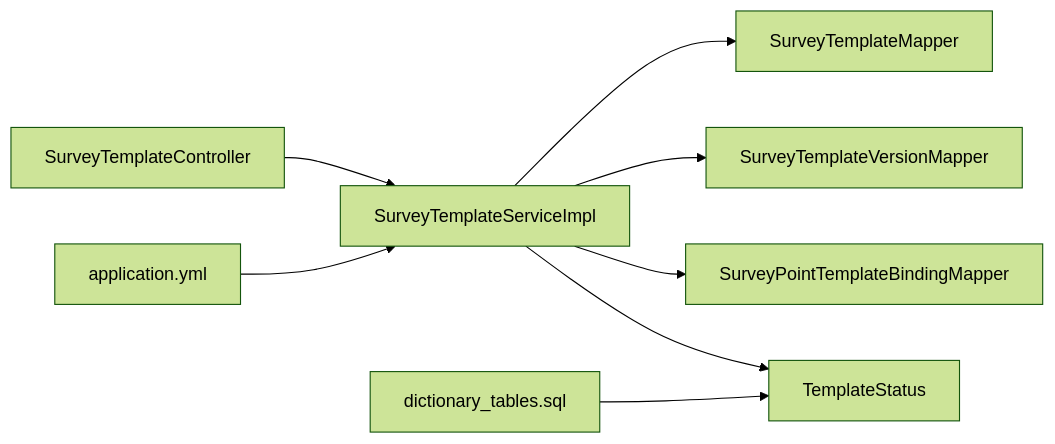
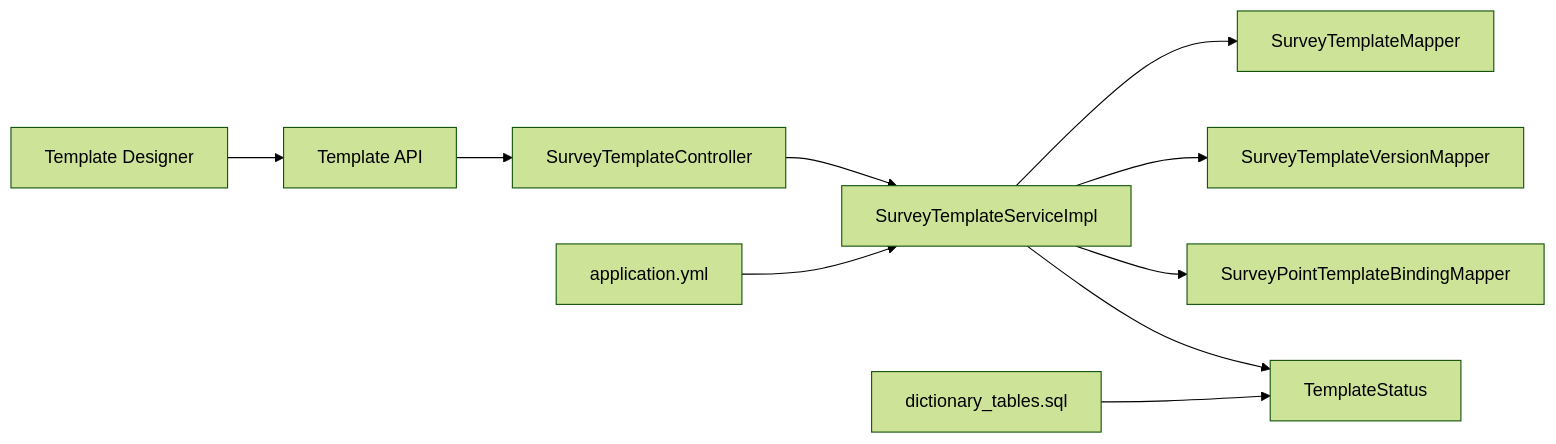
Before and after one commit to bo961386926/Survey-App: the ninth of 9 diagrams in .qoder/repowiki/en/content/Data Collection & Forms/Form Template System/Form Template System.md, drawn with Mermaid (forest theme). The commit also changed other lines of this file and 19 other files, not shown here.

````diff
--- a/.qoder/repowiki/en/content/Data Collection & Forms/Form Template System/Form Template System.md
+++ b/.qoder/repowiki/en/content/Data Collection & Forms/Form Template System/Form Template System.md
@@ -483,10 +584,12 @@
 ```mermaid
 graph LR
 Controller["SurveyTemplateController"] --> Service["SurveyTemplateServiceImpl"]
 Service --> Mapper1["SurveyTemplateMapper"]
 Service --> Mapper2["SurveyTemplateVersionMapper"]
 Service --> Mapper3["SurveyPointTemplateBindingMapper"]
 Service --> Enum["TemplateStatus"]
 Config["application.yml"] --> Service
 Dict["dictionary_tables.sql"] --> Enum
+Frontend["Template Designer"] --> API["Template API"]
+API --> Controller
 ```
````
